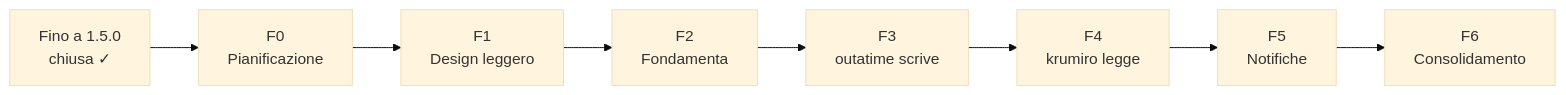
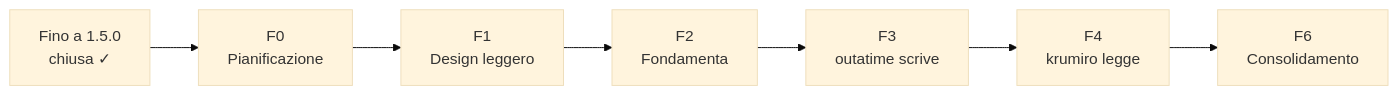
Before and after one commit to gcampa/krumiro2.0: the diagram in docs/implementation/roadmap.md, drawn with Mermaid (base theme). The commit also changed other lines of this file and 6 other files, not shown here.

````diff
--- a/docs/implementation/roadmap.md
+++ b/docs/implementation/roadmap.md
@@ -7,5 +7,5 @@
 ```mermaid
 flowchart LR
     F00[Fino a 1.5.0<br/>chiusa ✓] --> F0[F0<br/>Pianificazione] --> F1[F1<br/>Design leggero] --> F2[F2<br/>Fondamenta]
-    F2 --> F3[F3<br/>outatime scrive] --> F4[F4<br/>krumiro legge] --> F5[F5<br/>Notifiche] --> F6[F6<br/>Consolidamento]
+    F2 --> F3[F3<br/>outatime scrive] --> F4[F4<br/>krumiro legge] --> F6[F6<br/>Consolidamento]
 ```
````
